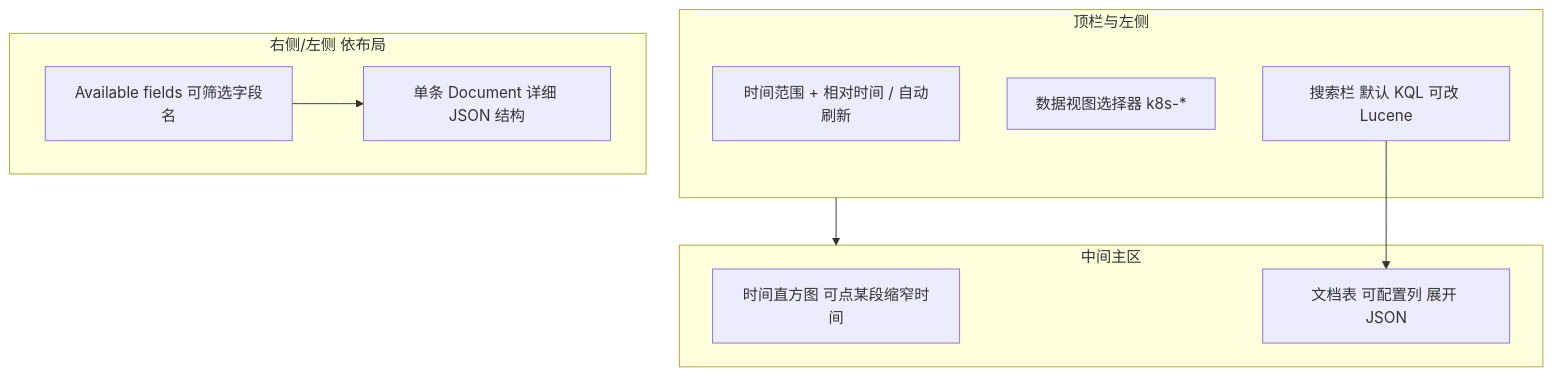
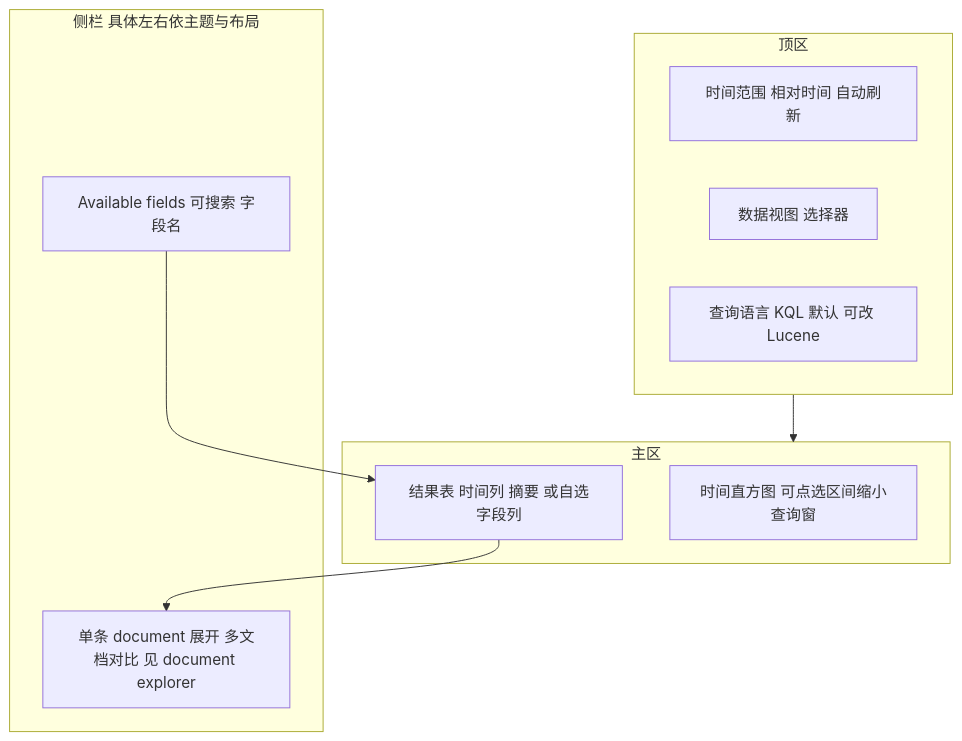
Before and after one commit to brinnatt/kubeauto: diagram 18 of 34 in docs/efk/EFK.md, drawn with Mermaid. The commit also changed other lines of this file, not shown here.

````diff
--- a/docs/efk/EFK.md
+++ b/docs/efk/EFK.md
@@ -1103,19 +1130,19 @@
 ```mermaid
 flowchart TB
-  subgraph top[顶栏与左侧]
-    T1[时间范围 + 相对时间 / 自动刷新]
-    T2[数据视图选择器 k8s-*]
-    T3[搜索栏 默认 KQL 可改 Lucene]
+  subgraph top[顶区]
+    T1[时间范围 相对时间 自动刷新]
+    T2[数据视图 选择器]
+    T3[查询语言 KQL 默认 可改 Lucene]
   end
-  subgraph mid[中间主区]
-    M1[时间直方图 可点某段缩窄时间]
-    M2[文档表 可配置列 展开 JSON]
+  subgraph main[主区]
+    M1[时间直方图 可点选区间缩小查询窗]
+    M2[结果表 时间列 摘要 或自选字段列]
   end
-  subgraph side[右侧/左侧 依布局]
-    S1[Available fields 可筛选字段名]
-    S2[单条 Document 详细 JSON 结构]
+  subgraph flanks[侧栏 具体左右依主题与布局]
+    F1[Available fields 可搜索 字段名]
+    F2[单条 document 展开 多文档对比 见 document explorer]
   end
-  top --> mid
-  T3 --> M2
-  S1 --> S2
+  top --> main
+  F1 --> M2
+  M2 --> F2
 ```
````
